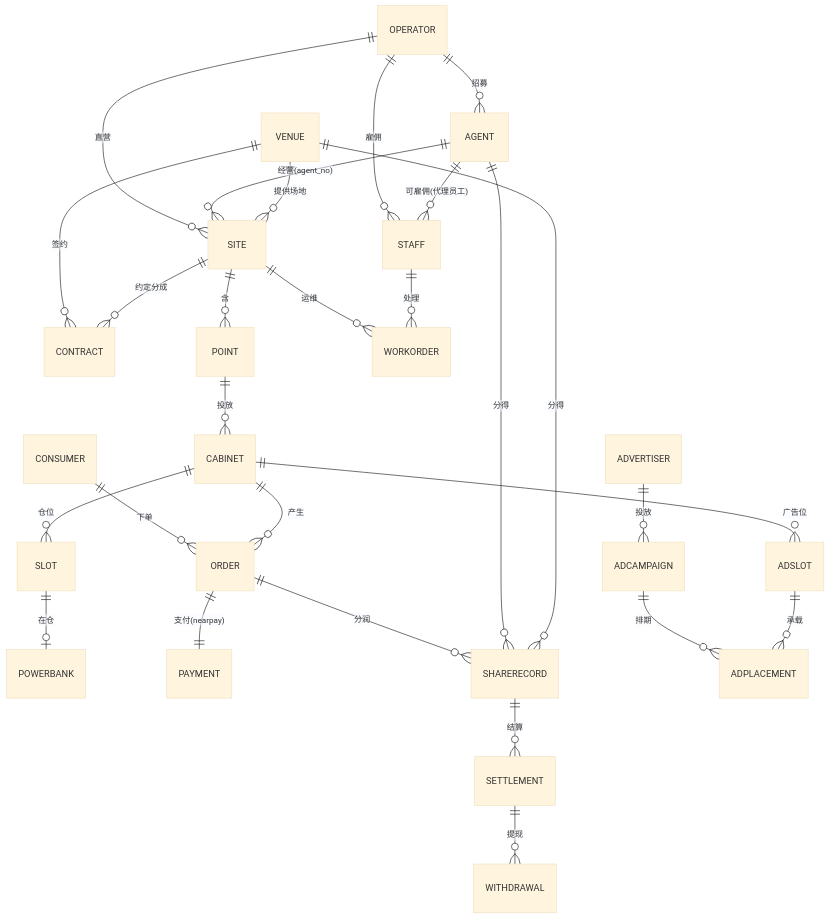
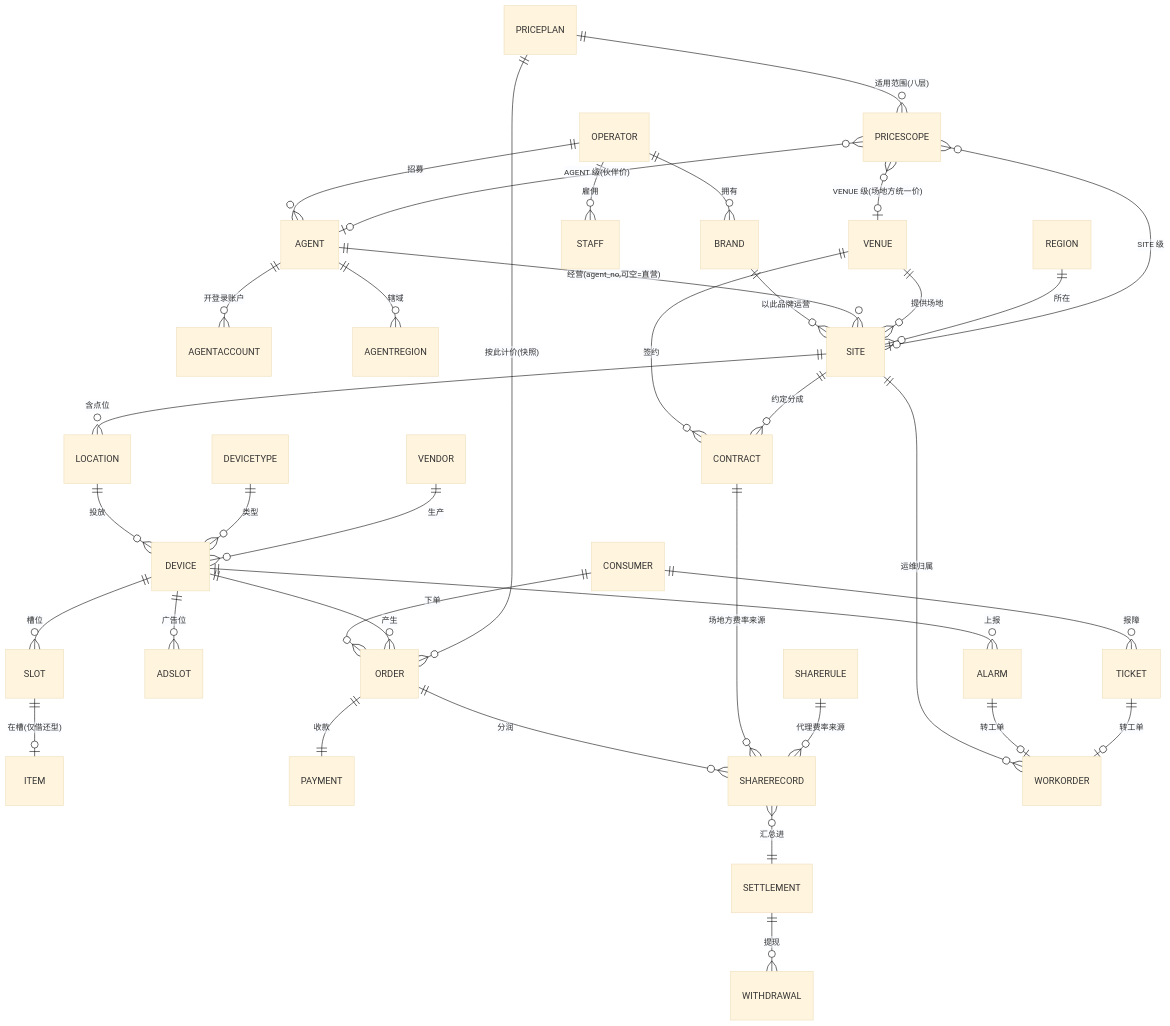
The diagram in docs/technical/领域模型-本体与关系.md (robinwu2021-code/sharehub), drawn with Mermaid (base theme) before and after one commit. The commit also changed other lines of this file and 8 other files, not shown here.

````diff
--- a/docs/technical/领域模型-本体与关系.md
+++ b/docs/technical/领域模型-本体与关系.md
@@ -54,29 +168,39 @@
 ```mermaid
 erDiagram
+  OPERATOR ||--o{ BRAND : "拥有"
   OPERATOR ||--o{ AGENT : "招募"
   OPERATOR ||--o{ STAFF : "雇佣"
-  AGENT ||--o{ STAFF : "可雇佣(代理员工)"
-  OPERATOR ||--o{ SITE : "直营"
-  AGENT ||--o{ SITE : "经营(agent_no)"
+  AGENT ||--o{ AGENTACCOUNT : "开登录账户"
+  AGENT ||--o{ AGENTREGION : "辖域"
+  BRAND ||--o{ SITE : "以此品牌运营"
+  AGENT ||--o{ SITE : "经营(agent_no,可空=直营)"
   VENUE ||--o{ SITE : "提供场地"
   VENUE ||--o{ CONTRACT : "签约"
   SITE ||--o{ CONTRACT : "约定分成"
-  SITE ||--o{ POINT : "含"
-  POINT ||--o{ CABINET : "投放"
-  CABINET ||--o{ SLOT : "仓位"
-  SLOT ||--o| POWERBANK : "在仓"
-  CABINET ||--o{ ADSLOT : "广告位"
+  REGION ||--o{ SITE : "所在"
+  SITE ||--o{ LOCATION : "含点位"
+  LOCATION ||--o{ DEVICE : "投放"
+  DEVICETYPE ||--o{ DEVICE : "类型"
+  VENDOR ||--o{ DEVICE : "生产"
+  DEVICE ||--o{ SLOT : "槽位"
+  SLOT ||--o| ITEM : "在槽(仅借还型)"
+  DEVICE ||--o{ ADSLOT : "广告位"
   CONSUMER ||--o{ ORDER : "下单"
-  CABINET ||--o{ ORDER : "产生"
-  ORDER ||--|| PAYMENT : "支付(nearpay)"
+  DEVICE ||--o{ ORDER : "产生"
+  PRICEPLAN ||--o{ PRICESCOPE : "适用范围(八层)"
+  PRICESCOPE }o--o| SITE : "SITE 级"
+  PRICESCOPE }o--o| VENUE : "VENUE 级(场地方统一价)"
+  PRICESCOPE }o--o| AGENT : "AGENT 级(伙伴价)"
+  PRICEPLAN ||--o{ ORDER : "按此计价(快照)"
+  ORDER ||--|| PAYMENT : "收款"
   ORDER ||--o{ SHARERECORD : "分润"
-  AGENT ||--o{ SHARERECORD : "分得"
-  VENUE ||--o{ SHARERECORD : "分得"
-  SHARERECORD ||--o{ SETTLEMENT : "结算"
+  CONTRACT ||--o{ SHARERECORD : "场地方费率来源"
+  SHARERULE ||--o{ SHARERECORD : "代理费率来源"
+  SHARERECORD }o--|| SETTLEMENT : "汇总进"
   SETTLEMENT ||--o{ WITHDRAWAL : "提现"
-  SITE ||--o{ WORKORDER : "运维"
-  STAFF ||--o{ WORKORDER : "处理"
-  ADVERTISER ||--o{ ADCAMPAIGN : "投放"
-  ADCAMPAIGN ||--o{ ADPLACEMENT : "排期"
-  ADSLOT ||--o{ ADPLACEMENT : "承载"
+  SITE ||--o{ WORKORDER : "运维归属"
+  DEVICE ||--o{ ALARM : "上报"
+  ALARM ||--o| WORKORDER : "转工单"
+  CONSUMER ||--o{ TICKET : "报障"
+  TICKET ||--o| WORKORDER : "转工单"
 ```
````
